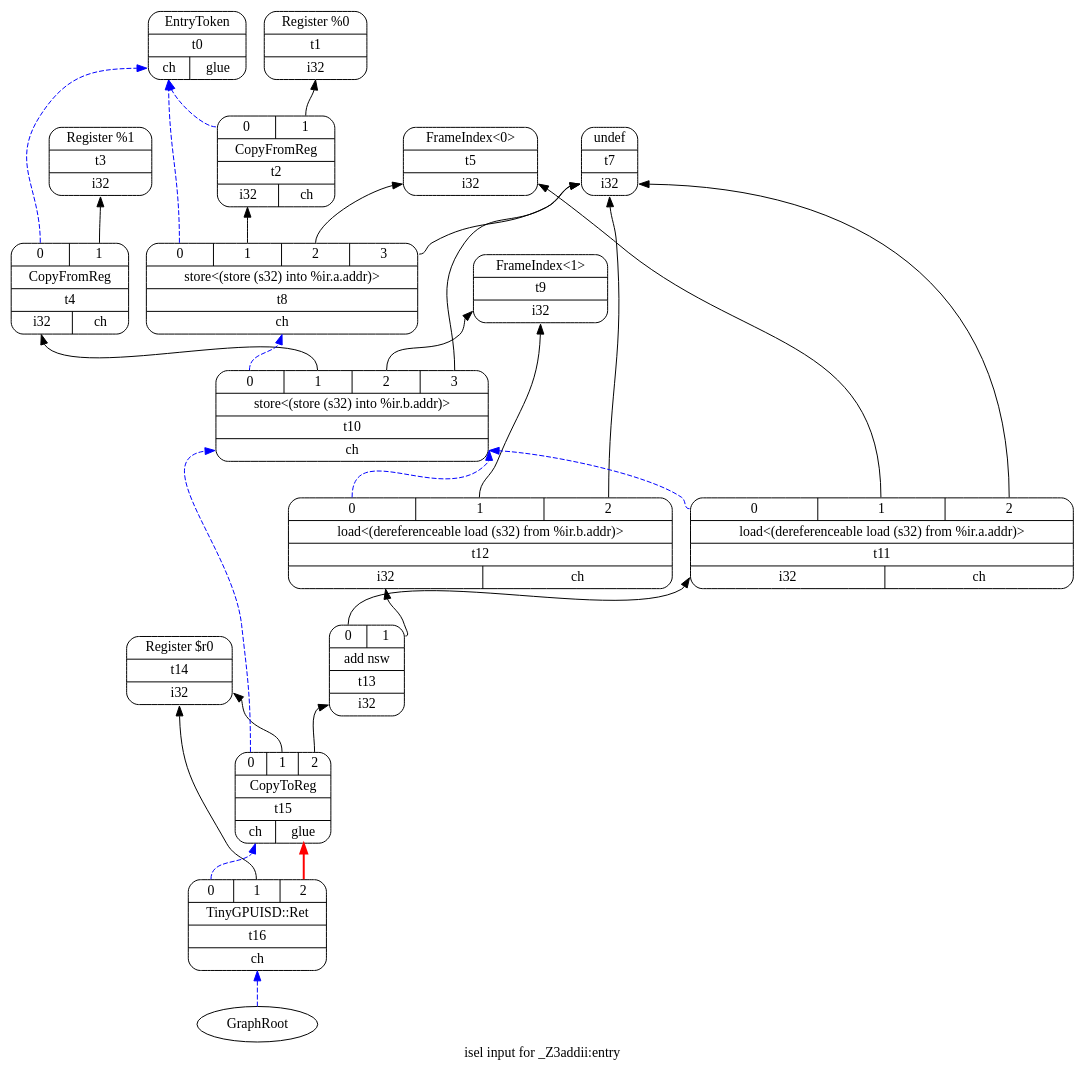
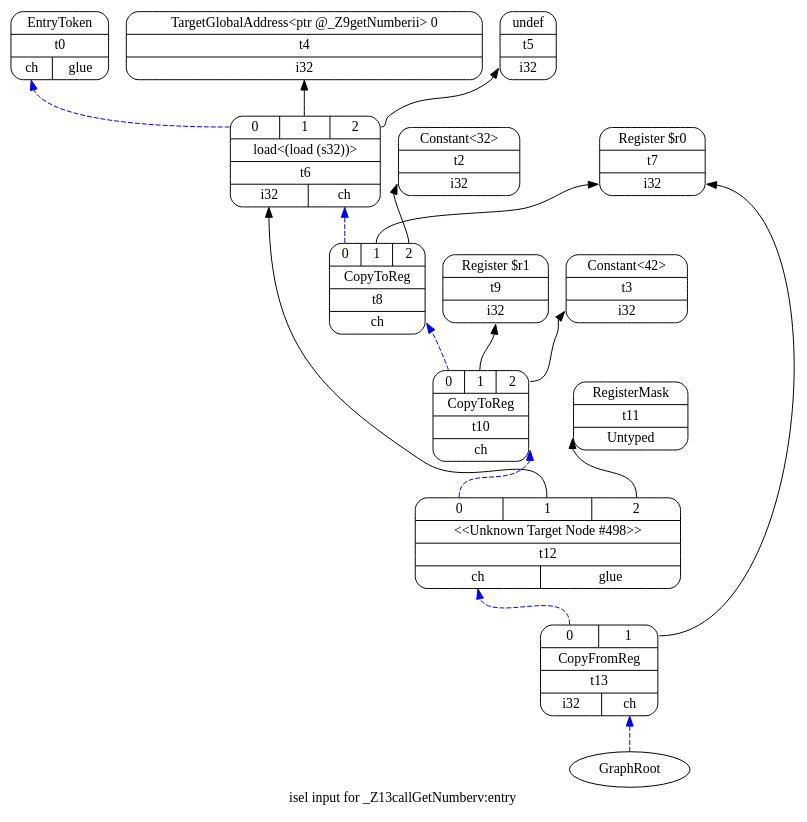
The diagram in temp2.dot (ZaBarudo/tiny-gpu-lang-backend), drawn with Graphviz before and after one commit. The commit also changed 15 other files, not shown here.

```diff
--- a/temp2.dot
+++ b/temp2.dot
@@ -1,49 +1,34 @@
-digraph "isel input for _Z3addii:entry" {
+digraph "isel input for _Z13callGetNumberv:entry" {
 	rankdir="BT";
-	label="isel input for _Z3addii:entry";
+	label="isel input for _Z13callGetNumberv:entry";
 
-	Node0x5f21aea3aab0 [shape=record,shape=Mrecord,label="{EntryToken|t0|{<d0>ch|<d1>glue}}"];
-	Node0x5f21aea6f460 [shape=record,shape=Mrecord,label="{Register %0|t1|{<d0>i32}}"];
-	Node0x5f21aea6f540 [shape=record,shape=Mrecord,label="{Register %1|t3|{<d0>i32}}"];
-	Node0x5f21aea6f620 [shape=record,shape=Mrecord,label="{FrameIndex\<0\>|t5|{<d0>i32}}"];
-	Node0x5f21aea6f700 [shape=record,shape=Mrecord,label="{undef|t7|{<d0>i32}}"];
-	Node0x5f21aea6f7e0 [shape=record,shape=Mrecord,label="{FrameIndex\<1\>|t9|{<d0>i32}}"];
-	Node0x5f21aea6fa10 [shape=record,shape=Mrecord,label="{Register $r0|t14|{<d0>i32}}"];
-	Node0x5f21aea6f4d0 [shape=record,shape=Mrecord,label="{{<s0>0|<s1>1}|CopyFromReg|t2|{<d0>i32|<d1>ch}}"];
-	Node0x5f21aea6f4d0:s0 -> Node0x5f21aea3aab0:d0[color=blue,style=dashed];
-	Node0x5f21aea6f4d0:s1 -> Node0x5f21aea6f460:d0;
-	Node0x5f21aea6f5b0 [shape=record,shape=Mrecord,label="{{<s0>0|<s1>1}|CopyFromReg|t4|{<d0>i32|<d1>ch}}"];
-	Node0x5f21aea6f5b0:s0 -> Node0x5f21aea3aab0:d0[color=blue,style=dashed];
-	Node0x5f21aea6f5b0:s1 -> Node0x5f21aea6f540:d0;
-	Node0x5f21aea6f770 [shape=record,shape=Mrecord,label="{{<s0>0|<s1>1|<s2>2|<s3>3}|store\<(store (s32) into %ir.a.addr)\>|t8|{<d0>ch}}"];
-	Node0x5f21aea6f770:s0 -> Node0x5f21aea3aab0:d0[color=blue,style=dashed];
-	Node0x5f21aea6f770:s1 -> Node0x5f21aea6f4d0:d0;
-	Node0x5f21aea6f770:s2 -> Node0x5f21aea6f620:d0;
-	Node0x5f21aea6f770:s3 -> Node0x5f21aea6f700:d0;
-	Node0x5f21aea6f850 [shape=record,shape=Mrecord,label="{{<s0>0|<s1>1|<s2>2|<s3>3}|store\<(store (s32) into %ir.b.addr)\>|t10|{<d0>ch}}"];
-	Node0x5f21aea6f850:s0 -> Node0x5f21aea6f770:d0[color=blue,style=dashed];
-	Node0x5f21aea6f850:s1 -> Node0x5f21aea6f5b0:d0;
-	Node0x5f21aea6f850:s2 -> Node0x5f21aea6f7e0:d0;
-	Node0x5f21aea6f850:s3 -> Node0x5f21aea6f700:d0;
-	Node0x5f21aea6f930 [shape=record,shape=Mrecord,label="{{<s0>0|<s1>1|<s2>2}|load\<(dereferenceable load (s32) from %ir.b.addr)\>|t12|{<d0>i32|<d1>ch}}"];
-	Node0x5f21aea6f930:s0 -> Node0x5f21aea6f850:d0[color=blue,style=dashed];
-	Node0x5f21aea6f930:s1 -> Node0x5f21aea6f7e0:d0;
-	Node0x5f21aea6f930:s2 -> Node0x5f21aea6f700:d0;
-	Node0x5f21aea6f8c0 [shape=record,shape=Mrecord,label="{{<s0>0|<s1>1|<s2>2}|load\<(dereferenceable load (s32) from %ir.a.addr)\>|t11|{<d0>i32|<d1>ch}}"];
-	Node0x5f21aea6f8c0:s0 -> Node0x5f21aea6f850:d0[color=blue,style=dashed];
-	Node0x5f21aea6f8c0:s1 -> Node0x5f21aea6f620:d0;
-	Node0x5f21aea6f8c0:s2 -> Node0x5f21aea6f700:d0;
-	Node0x5f21aea6f9a0 [shape=record,shape=Mrecord,label="{{<s0>0|<s1>1}|add nsw|t13|{<d0>i32}}"];
-	Node0x5f21aea6f9a0:s0 -> Node0x5f21aea6f8c0:d0;
-	Node0x5f21aea6f9a0:s1 -> Node0x5f21aea6f930:d0;
-	Node0x5f21aea6fa80 [shape=record,shape=Mrecord,label="{{<s0>0|<s1>1|<s2>2}|CopyToReg|t15|{<d0>ch|<d1>glue}}"];
-	Node0x5f21aea6fa80:s0 -> Node0x5f21aea6f850:d0[color=blue,style=dashed];
-	Node0x5f21aea6fa80:s1 -> Node0x5f21aea6fa10:d0;
-	Node0x5f21aea6fa80:s2 -> Node0x5f21aea6f9a0:d0;
-	Node0x5f21aea6faf0 [shape=record,shape=Mrecord,label="{{<s0>0|<s1>1|<s2>2}|TinyGPUISD::Ret|t16|{<d0>ch}}"];
-	Node0x5f21aea6faf0:s0 -> Node0x5f21aea6fa80:d0[color=blue,style=dashed];
-	Node0x5f21aea6faf0:s1 -> Node0x5f21aea6fa10:d0;
-	Node0x5f21aea6faf0:s2 -> Node0x5f21aea6fa80:d1[color=red,style=bold];
+	Node0x634935becb70 [shape=record,shape=Mrecord,label="{EntryToken|t0|{<d0>ch|<d1>glue}}"];
+	Node0x634935c0d110 [shape=record,shape=Mrecord,label="{Constant\<32\>|t2|{<d0>i32}}"];
+	Node0x634935c0cc40 [shape=record,shape=Mrecord,label="{Constant\<42\>|t3|{<d0>i32}}"];
+	Node0x634935c0ccb0 [shape=record,shape=Mrecord,label="{TargetGlobalAddress\<ptr @_Z9getNumberii\> 0|t4|{<d0>i32}}"];
+	Node0x634935c0d0a0 [shape=record,shape=Mrecord,label="{undef|t5|{<d0>i32}}"];
+	Node0x634935c0cf50 [shape=record,shape=Mrecord,label="{Register $r0|t7|{<d0>i32}}"];
+	Node0x634935c0cee0 [shape=record,shape=Mrecord,label="{Register $r1|t9|{<d0>i32}}"];
+	Node0x634935c0cd20 [shape=record,shape=Mrecord,label="{RegisterMask|t11|{<d0>Untyped}}"];
+	Node0x634935c0d030 [shape=record,shape=Mrecord,label="{{<s0>0|<s1>1|<s2>2}|load\<(load (s32))\>|t6|{<d0>i32|<d1>ch}}"];
+	Node0x634935c0d030:s0 -> Node0x634935becb70:d0[color=blue,style=dashed];
+	Node0x634935c0d030:s1 -> Node0x634935c0ccb0:d0;
+	Node0x634935c0d030:s2 -> Node0x634935c0d0a0:d0;
+	Node0x634935c0ce70 [shape=record,shape=Mrecord,label="{{<s0>0|<s1>1|<s2>2}|CopyToReg|t8|{<d0>ch}}"];
+	Node0x634935c0ce70:s0 -> Node0x634935c0d030:d1[color=blue,style=dashed];
+	Node0x634935c0ce70:s1 -> Node0x634935c0cf50:d0;
+	Node0x634935c0ce70:s2 -> Node0x634935c0d110:d0;
+	Node0x634935c0ce00 [shape=record,shape=Mrecord,label="{{<s0>0|<s1>1|<s2>2}|CopyToReg|t10|{<d0>ch}}"];
+	Node0x634935c0ce00:s0 -> Node0x634935c0ce70:d0[color=blue,style=dashed];
+	Node0x634935c0ce00:s1 -> Node0x634935c0cee0:d0;
+	Node0x634935c0ce00:s2 -> Node0x634935c0cc40:d0;
+	Node0x634935c0cb60 [shape=record,shape=Mrecord,label="{{<s0>0|<s1>1|<s2>2}|\<\<Unknown Target Node #498\>\>|t12|{<d0>ch|<d1>glue}}"];
+	Node0x634935c0cb60:s0 -> Node0x634935c0ce00:d0[color=blue,style=dashed];
+	Node0x634935c0cb60:s1 -> Node0x634935c0d030:d0;
+	Node0x634935c0cb60:s2 -> Node0x634935c0cd20:d0;
+	Node0x634935c0ca80 [shape=record,shape=Mrecord,label="{{<s0>0|<s1>1}|CopyFromReg|t13|{<d0>i32|<d1>ch}}"];
+	Node0x634935c0ca80:s0 -> Node0x634935c0cb60:d0[color=blue,style=dashed];
+	Node0x634935c0ca80:s1 -> Node0x634935c0cf50:d0;
 	Node0x0[ plaintext=circle, label ="GraphRoot"];
-	Node0x0 -> Node0x5f21aea6faf0:d0[color=blue,style=dashed];
+	Node0x0 -> Node0x634935c0ca80:d1[color=blue,style=dashed];
 }
```
